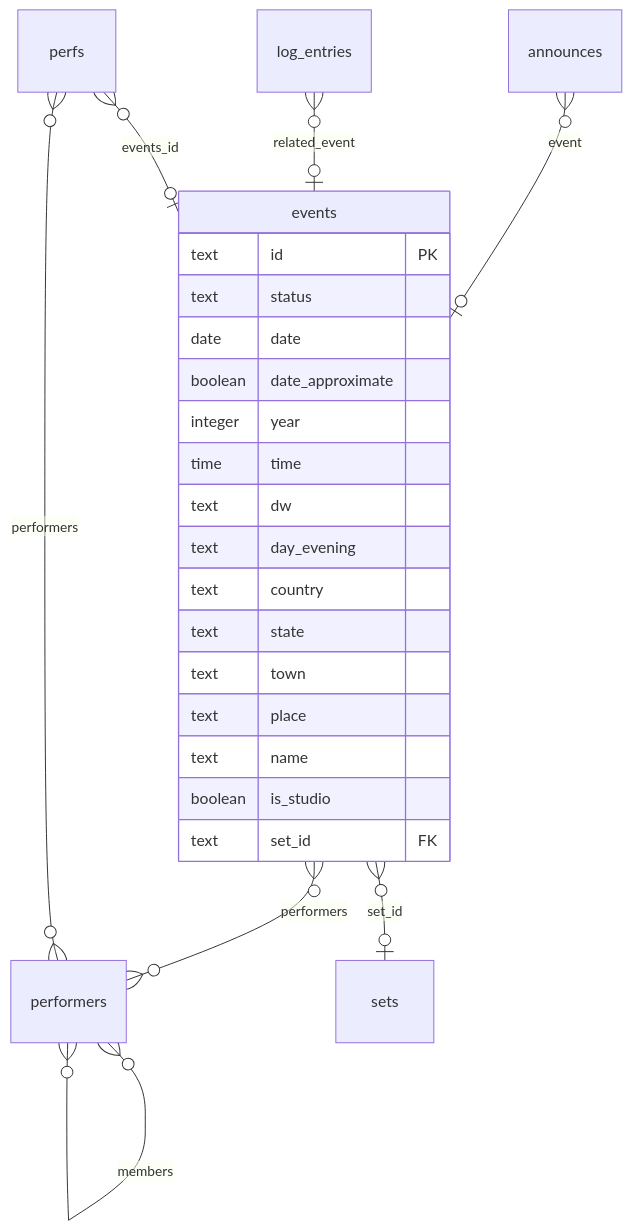
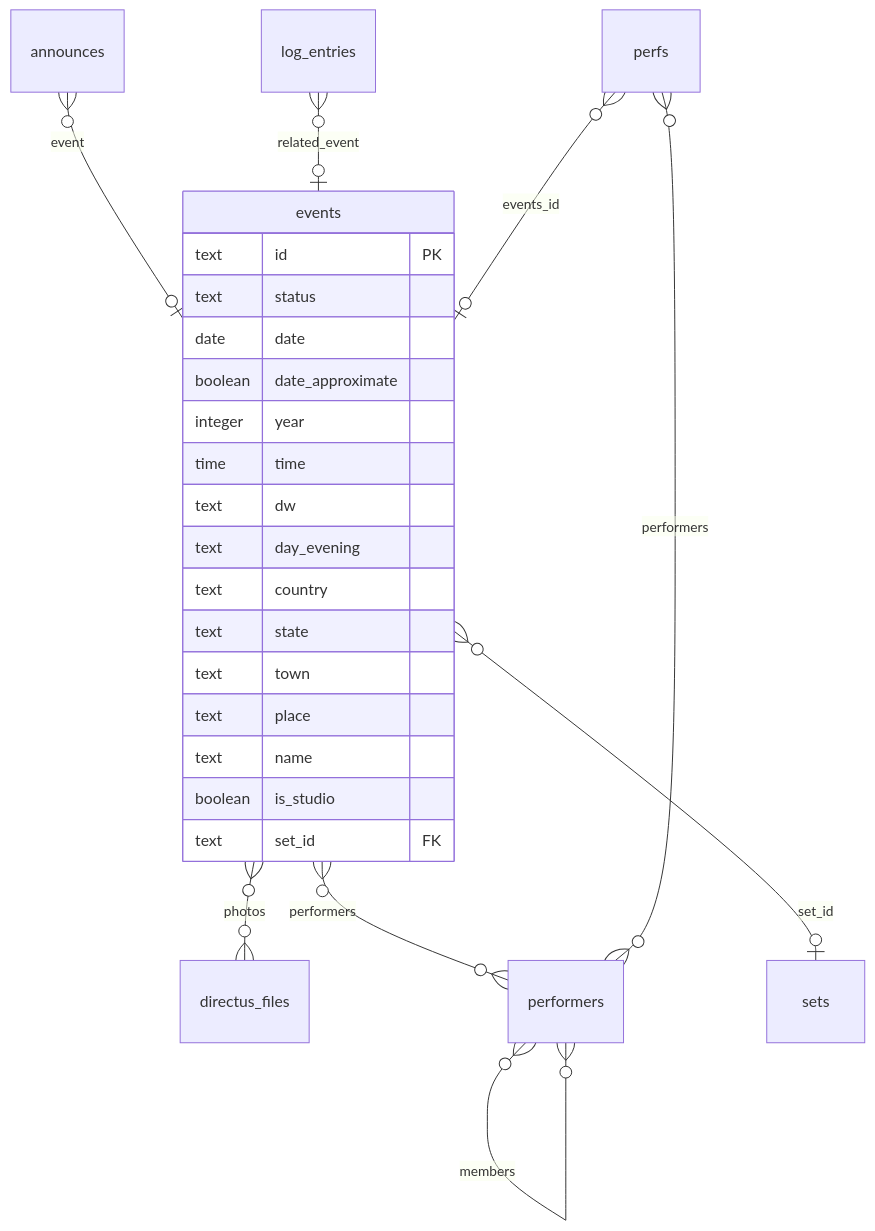
Diagram 11 of 13 in docs/directus.md (zlochevsky/shcherbakov), drawn with Mermaid before and after one commit. The commit also changed other lines of this file and 303 other files, not shown here.

````diff
--- a/docs/directus.md
+++ b/docs/directus.md
@@ -379,27 +379,28 @@
 ```mermaid
 erDiagram
     announces }o--o| events : "event"
+    events }o--o{ directus_files : "photos"
     events }o--o{ performers : "performers"
     events }o--o| sets : "set_id"
     log_entries }o--o| events : "related_event"
     performers }o--o{ performers : "members"
     perfs }o--o| events : "events_id"
     perfs }o--o{ performers : "performers"
     events {
         text id PK
         text status
         date date
         boolean date_approximate
         integer year
         time time
         text dw
         text day_evening
         text country
         text state
         text town
         text place
         text name
         boolean is_studio
         text set_id FK
     }
 ```
````
